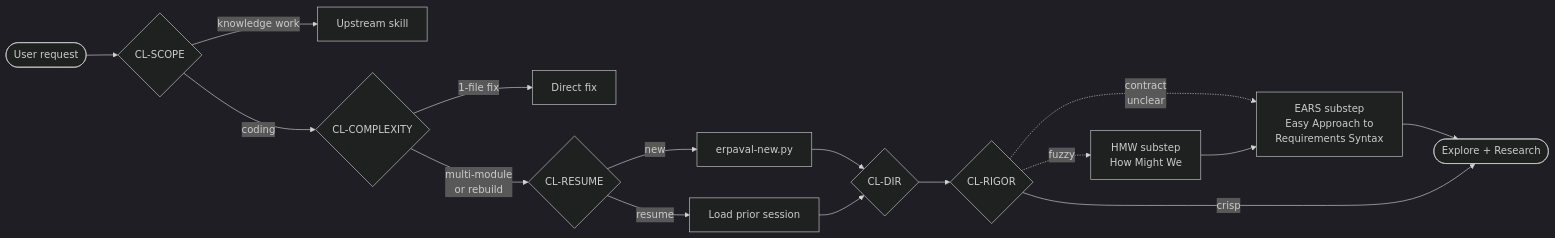
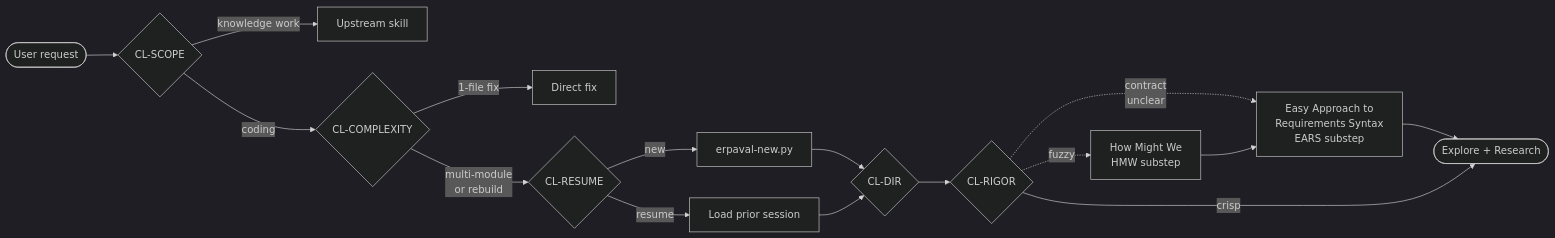
Before and after one commit to theagenticguy/erpaval: the second of 7 diagrams in README.md, drawn with Mermaid (dark theme). The commit also changed other lines of this file, not shown here.

````diff
--- a/README.md
+++ b/README.md
@@ -84,17 +85,17 @@
 ```mermaid
 flowchart LR
   IN([User request]) --> SCOPE{CL-SCOPE}
   SCOPE -->|knowledge work| ROUTE[Upstream skill]
   SCOPE -->|coding| COMPLEX{CL-COMPLEXITY}
   COMPLEX -->|1-file fix| DIRECT[Direct fix]
   COMPLEX -->|multi-module<br/>or rebuild| RESUME{CL-RESUME}
   RESUME -->|new| NEW[erpaval-new.py]
   RESUME -->|resume| LOAD[Load prior session]
   NEW & LOAD --> DIR{CL-DIR}
   DIR --> RIGOR{CL-RIGOR}
-  RIGOR -.->|fuzzy| HMW[HMW substep<br/>How Might We]
-  RIGOR -.->|contract<br/>unclear| EARS[EARS substep<br/>Easy Approach to<br/>Requirements Syntax]
+  RIGOR -.->|fuzzy| HMW[How Might We<br/>HMW substep]
+  RIGOR -.->|contract<br/>unclear| EARS[Easy Approach to<br/>Requirements Syntax<br/>EARS substep]
   HMW --> EARS
   EARS --> ER([Explore + Research])
   RIGOR -->|crisp| ER
 ```
````
